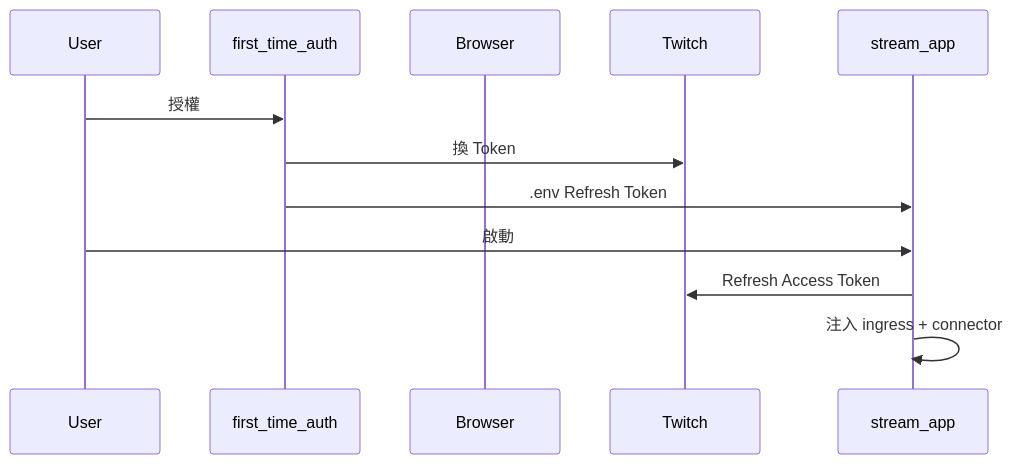
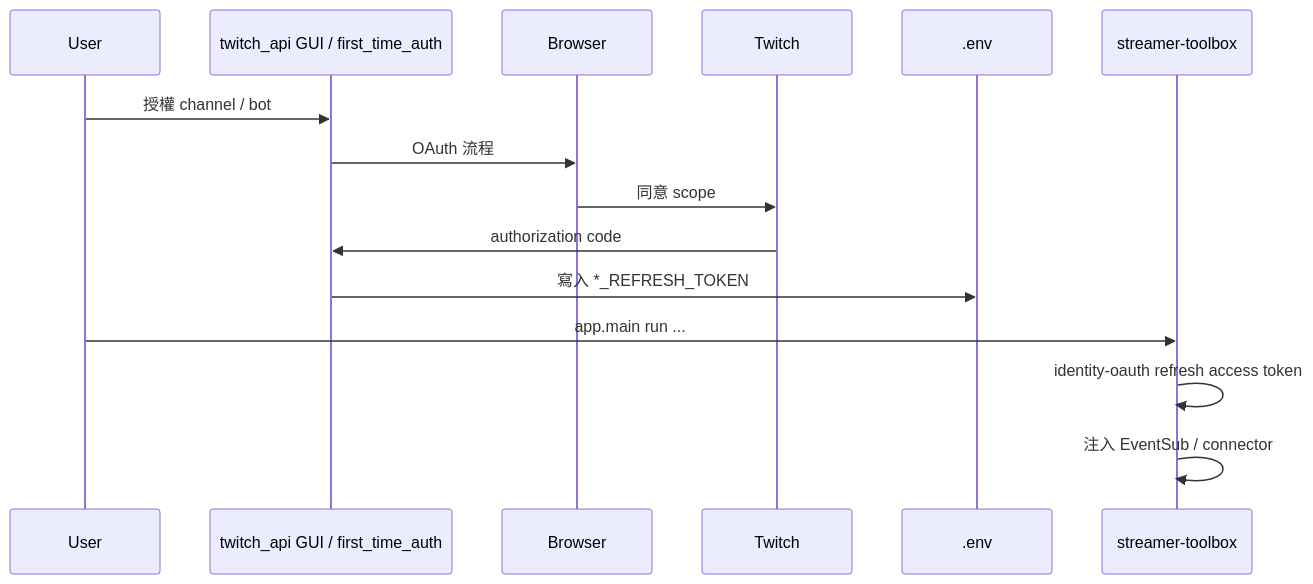
One commit to skymiku39/streamer_toolbox changed the first of 2 diagrams in docs/use-cases/04-oauth.md. Above: the diagram before and after it, drawn with Mermaid. The commit also changed other lines of this file and 4 other files, not shown here.

First line of the commit message:
[AI 自動提交] 新增授權架構設計文件 identity-auth

````diff
--- a/docs/use-cases/04-oauth.md
+++ b/docs/use-cases/04-oauth.md
@@ -13,15 +33,18 @@
 ```mermaid
 sequenceDiagram
     participant User
-    participant Script as first_time_auth
+    participant TA as twitch_api GUI / first_time_auth
     participant Browser
     participant Twitch
-    participant App as stream_app
+    participant Env as .env
+    participant TB as streamer-toolbox
 
-    User->>Script: 授權
-    Script->>Twitch: 換 Token
-    Script->>App: .env Refresh Token
-    User->>App: 啟動
-    App->>Twitch: Refresh Access Token
-    App->>App: 注入 ingress + connector
+    User->>TA: 授權 channel / bot
+    TA->>Browser: OAuth 流程
+    Browser->>Twitch: 同意 scope
+    Twitch->>TA: authorization code
+    TA->>Env: 寫入 *_REFRESH_TOKEN
+    User->>TB: app.main run ...
+    TB->>TB: identity-oauth refresh access token
+    TB->>TB: 注入 EventSub / connector
 ```
````
